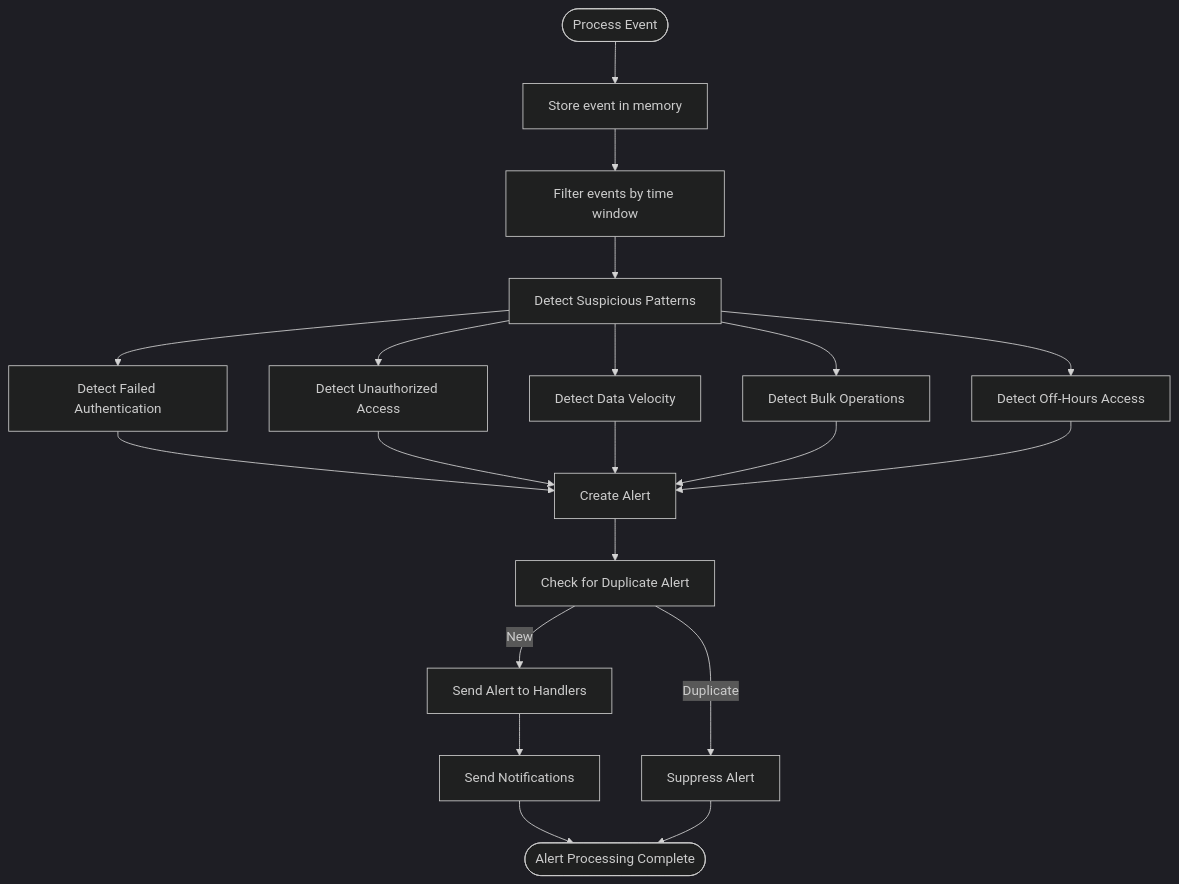
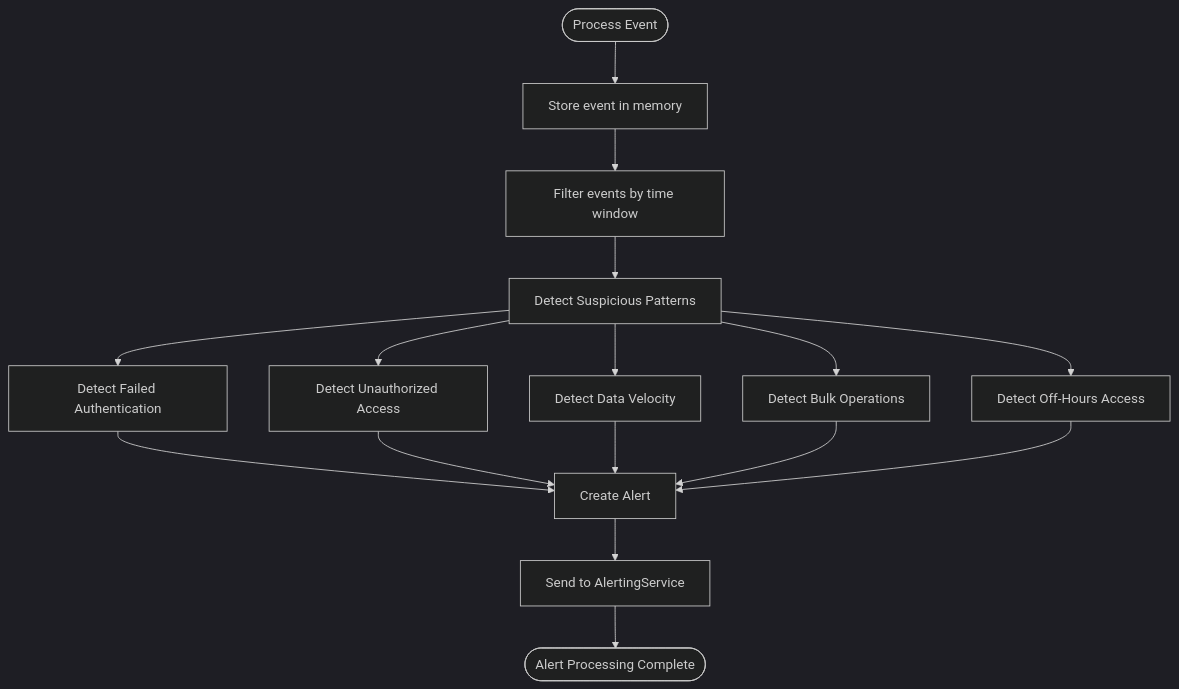
One commit to smedrec/smart-logs changed the third of 6 diagrams in .qoder/repowiki/en/content/Audit Core System/Security/Database Security Alerting.md. Above: the diagram before and after it, drawn with Mermaid (dark theme). The commit also changed other lines of this file and 12 other files, not shown here.

````diff
--- a/.qoder/repowiki/en/content/Audit Core System/Security/Database Security Alerting.md
+++ b/.qoder/repowiki/en/content/Audit Core System/Security/Database Security Alerting.md
@@ -89,22 +157,18 @@
 ```mermaid
 flowchart TD
 Start([Process Event]) --> StoreEvent["Store event in memory"]
 StoreEvent --> FilterEvents["Filter events by time window"]
 FilterEvents --> DetectPatterns["Detect Suspicious Patterns"]
 DetectPatterns --> FailedAuth["Detect Failed Authentication"]
 DetectPatterns --> UnauthorizedAccess["Detect Unauthorized Access"]
 DetectPatterns --> DataVelocity["Detect Data Velocity"]
 DetectPatterns --> BulkOperations["Detect Bulk Operations"]
 DetectPatterns --> OffHours["Detect Off-Hours Access"]
 FailedAuth --> CreateAlert["Create Alert"]
 UnauthorizedAccess --> CreateAlert
 DataVelocity --> CreateAlert
 BulkOperations --> CreateAlert
 OffHours --> CreateAlert
-CreateAlert --> CheckDuplicate["Check for Duplicate Alert"]
-CheckDuplicate --> |Duplicate| Suppress["Suppress Alert"]
-CheckDuplicate --> |New| SendAlert["Send Alert to Handlers"]
-SendAlert --> Notify["Send Notifications"]
-Notify --> End([Alert Processing Complete])
-Suppress --> End
+CreateAlert --> SendToAlerting["Send to AlertingService"]
+SendToAlerting --> End([Alert Processing Complete])
 ```
````
